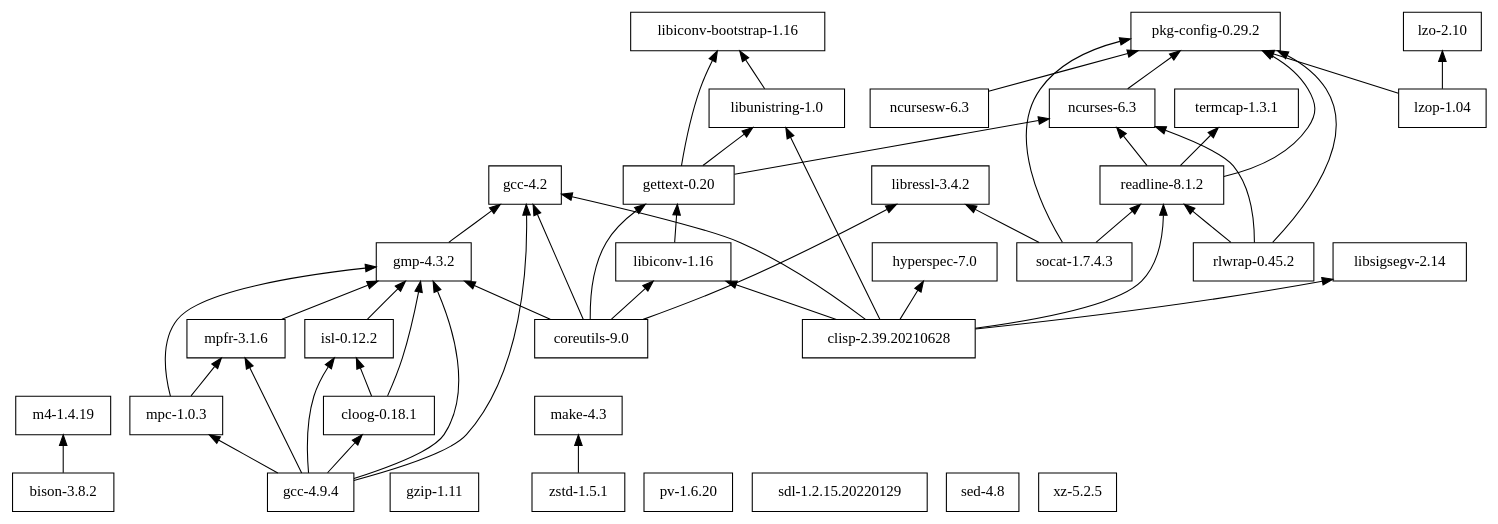
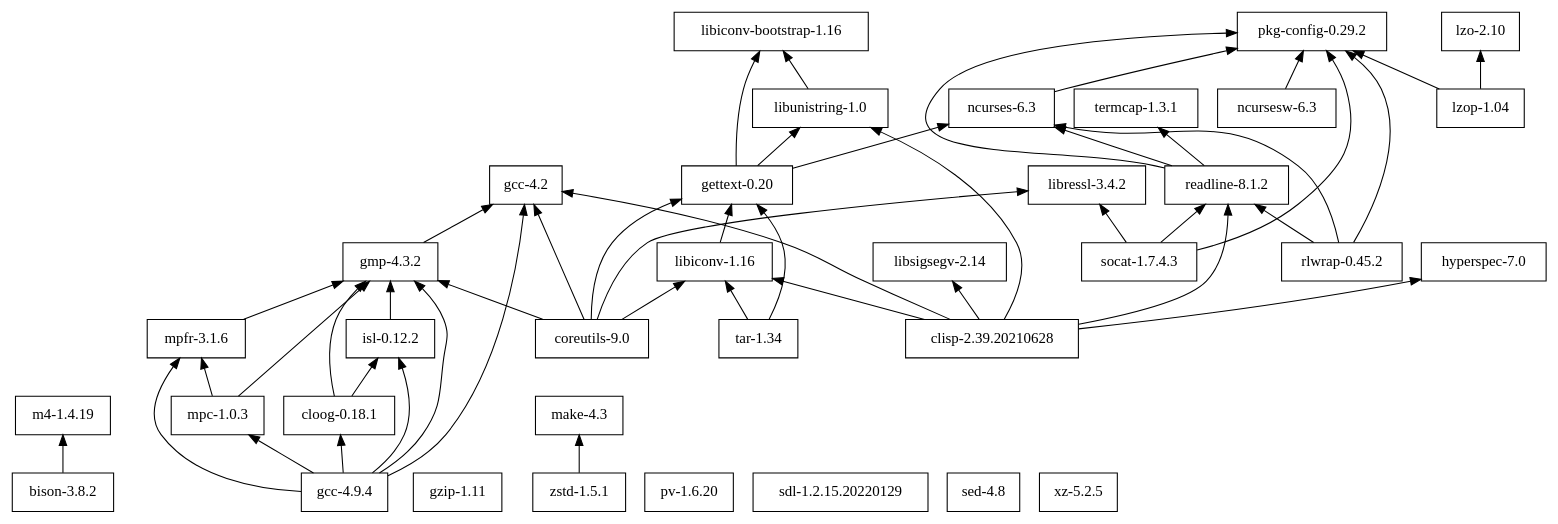
Before and after one commit to cellularmitosis/leopard.sh: the diagram in tigersh/deps/dependencies.dot, drawn with Graphviz. The commit also changed 9 other files, not shown here.

```diff
--- a/tigersh/deps/dependencies.dot
+++ b/tigersh/deps/dependencies.dot
@@ -1,65 +1,67 @@
 digraph mygraph {
 node [shape=box];
 rankdir = BT;
 
 "bison-3.8.2" -> "m4-1.4.19"
 "clisp-2.39.20210628" -> "gcc-4.2"
 "clisp-2.39.20210628" -> "hyperspec-7.0"
 "clisp-2.39.20210628" -> "libiconv-1.16"
 "clisp-2.39.20210628" -> "libsigsegv-2.14"
 "clisp-2.39.20210628" -> "libunistring-1.0"
 "clisp-2.39.20210628" -> "readline-8.1.2"
 "cloog-0.18.1" -> "gmp-4.3.2"
 "cloog-0.18.1" -> "isl-0.12.2"
 "coreutils-9.0" -> "gcc-4.2"
 "coreutils-9.0" -> "gettext-0.20"
 "coreutils-9.0" -> "gmp-4.3.2"
 "coreutils-9.0" -> "libiconv-1.16"
 "coreutils-9.0" -> "libressl-3.4.2"
 "gcc-4.2"
 "gcc-4.9.4" -> "cloog-0.18.1"
 "gcc-4.9.4" -> "gcc-4.2"
 "gcc-4.9.4" -> "gmp-4.3.2"
 "gcc-4.9.4" -> "isl-0.12.2"
 "gcc-4.9.4" -> "mpc-1.0.3"
 "gcc-4.9.4" -> "mpfr-3.1.6"
 "gettext-0.20" -> "libiconv-bootstrap-1.16"
 "gettext-0.20" -> "libunistring-1.0"
 "gettext-0.20" -> "ncurses-6.3"
 "gmp-4.3.2" -> "gcc-4.2"
 "gzip-1.11"
 "hyperspec-7.0"
 "isl-0.12.2" -> "gmp-4.3.2"
 "libiconv-1.16" -> "gettext-0.20"
 "libiconv-bootstrap-1.16"
 "libressl-3.4.2"
 "libsigsegv-2.14"
 "libunistring-1.0" -> "libiconv-bootstrap-1.16"
 "lzo-2.10"
 "lzop-1.04" -> "lzo-2.10"
 "lzop-1.04" -> "pkg-config-0.29.2"
 "m4-1.4.19"
 "make-4.3"
 "mpc-1.0.3" -> "gmp-4.3.2"
 "mpc-1.0.3" -> "mpfr-3.1.6"
 "mpfr-3.1.6" -> "gmp-4.3.2"
 "ncurses-6.3" -> "pkg-config-0.29.2"
 "ncursesw-6.3" -> "pkg-config-0.29.2"
 "pkg-config-0.29.2"
 "pv-1.6.20"
 "readline-8.1.2" -> "ncurses-6.3"
 "readline-8.1.2" -> "pkg-config-0.29.2"
 "readline-8.1.2" -> "termcap-1.3.1"
 "rlwrap-0.45.2" -> "ncurses-6.3"
 "rlwrap-0.45.2" -> "pkg-config-0.29.2"
 "rlwrap-0.45.2" -> "readline-8.1.2"
 "sdl-1.2.15.20220129"
 "sed-4.8"
 "socat-1.7.4.3" -> "libressl-3.4.2"
 "socat-1.7.4.3" -> "pkg-config-0.29.2"
 "socat-1.7.4.3" -> "readline-8.1.2"
+"tar-1.34" -> "gettext-0.20"
+"tar-1.34" -> "libiconv-1.16"
 "termcap-1.3.1"
 "xz-5.2.5"
 "zstd-1.5.1" -> "make-4.3"
 
 }
```
